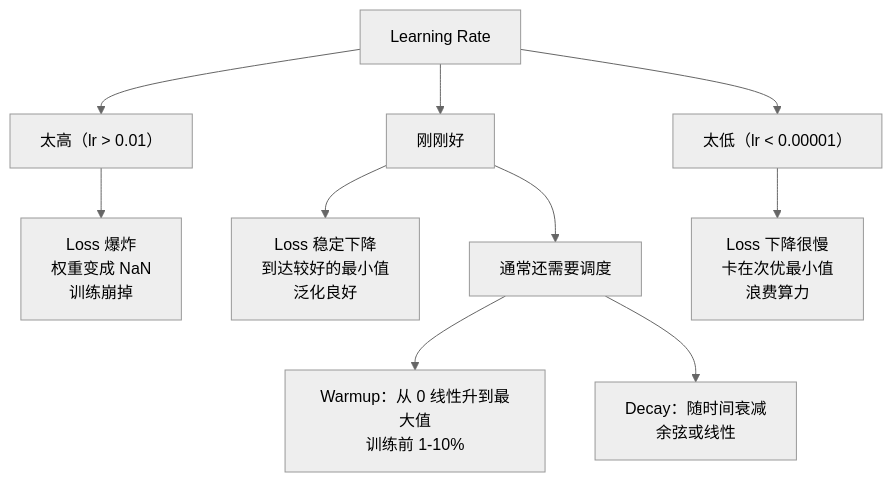
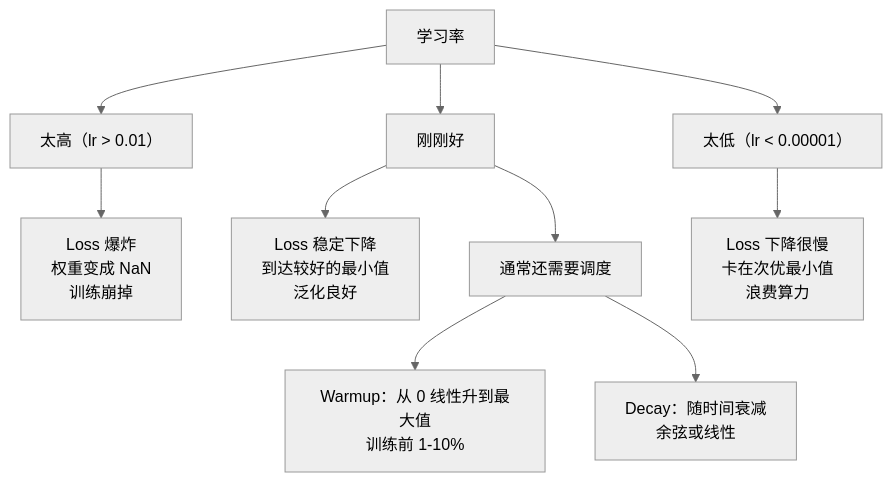
Before and after one commit to omigaZen/ai-engineering-from-scratch: the first of 3 diagrams in phases/03-deep-learning-core/06-optimizers/docs/zh.md, drawn with Mermaid (neutral theme). The commit also changed other lines of this file, not shown here.

````diff
--- a/phases/03-deep-learning-core/06-optimizers/docs/zh.md
+++ b/phases/03-deep-learning-core/06-optimizers/docs/zh.md
@@ -119,14 +119,14 @@
 ```mermaid
 graph TD
-    LR["Learning Rate"] --> TooHigh["太高（lr > 0.01）"]
+    LR["学习率"] --> TooHigh["太高（lr > 0.01）"]
     LR --> JustRight["刚刚好"]
     LR --> TooLow["太低（lr < 0.00001）"]
 
     TooHigh --> Diverge["Loss 爆炸<br/>权重变成 NaN<br/>训练崩掉"]
     JustRight --> Converge["Loss 稳定下降<br/>到达较好的最小值<br/>泛化良好"]
     TooLow --> Stall["Loss 下降很慢<br/>卡在次优最小值<br/>浪费算力"]
 
     JustRight --> Schedule["通常还需要调度"]
     Schedule --> Warmup["Warmup：从 0 线性升到最大值<br/>训练前 1-10%"]
     Schedule --> Decay["Decay：随时间衰减<br/>余弦或线性"]
 ```
````
